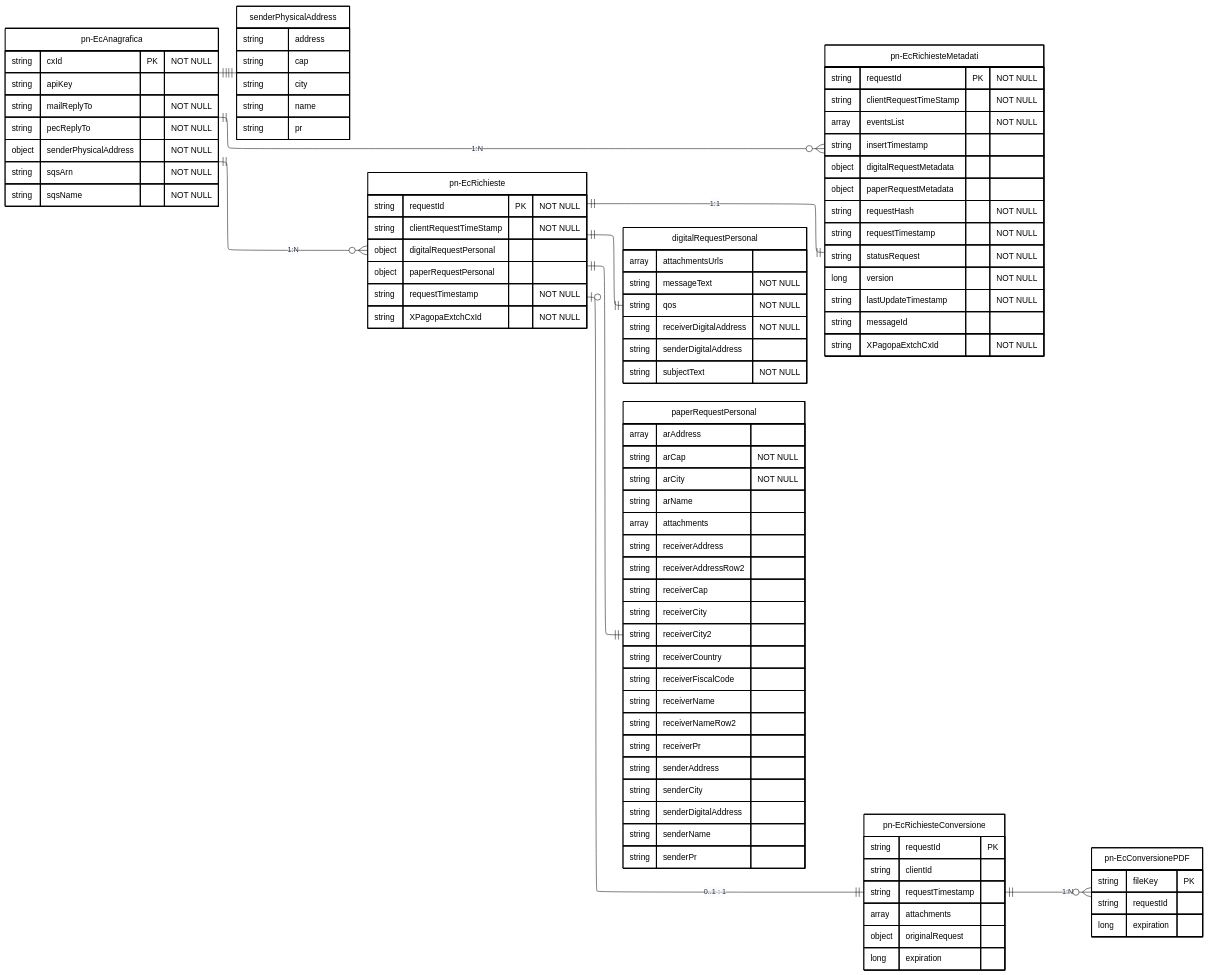
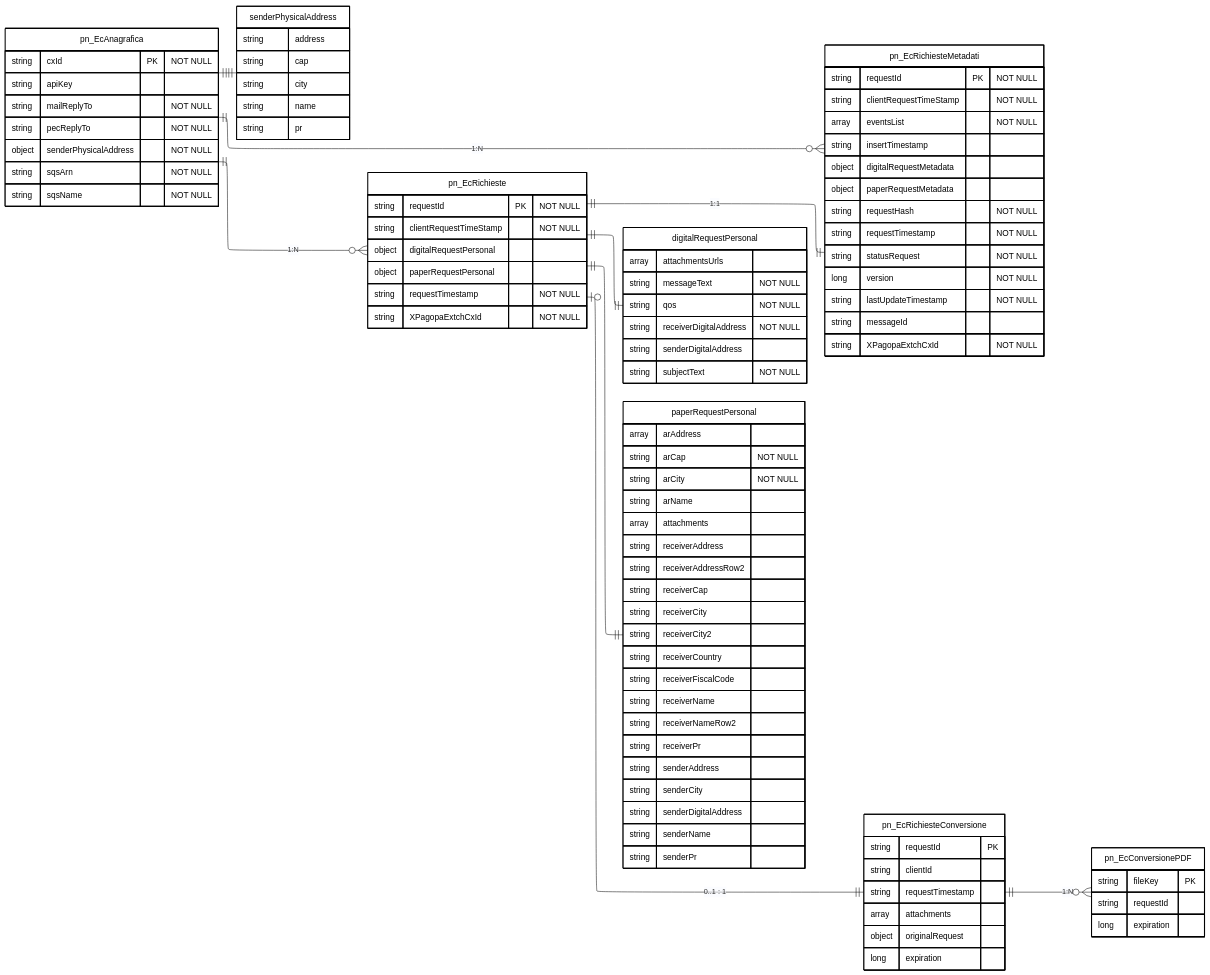
Before and after one commit to pagopa/pn-metrics: the diagram in send_diagrams/data-models/postalizzazione/postalizzazione.mmd, drawn with Mermaid. The commit also changed 1 other file, not shown here.

Commit message:
docs: update SEND ER diagram

```diff
--- a/send_diagrams/data-models/postalizzazione/postalizzazione.mmd
+++ b/send_diagrams/data-models/postalizzazione/postalizzazione.mmd
@@ -1,140 +1,140 @@
 ---
 config:
   layout: elk
   theme: base
 ---
 
 erDiagram
 
     %% diagram version: 0.0.1
     %% sources:
     %% - dc-pn-EcRichiesteMetadati.yaml
-    %%   id: urn:send:postalizzazione:pn-ecrichiestemetadati
+    %%   id: urn:send:postalizzazione:pn_ecrichiestemetadati
     %%   version: 0.0.1
 
     Direction LR
 
-    pn-EcRichiesteMetadati {
+    pn_EcRichiesteMetadati {
         string requestId PK "NOT NULL"
         string clientRequestTimeStamp "NOT NULL"
         array eventsList "NOT NULL"
         string insertTimestamp
         object digitalRequestMetadata
         object paperRequestMetadata
         string requestHash "NOT NULL"
         string requestTimestamp "NOT NULL"
         string statusRequest "NOT NULL"
         long version "NOT NULL"
         string lastUpdateTimestamp "NOT NULL"
         string messageId
         string XPagopaExtchCxId "NOT NULL"
     }
 
-    pn-EcAnagrafica {
+    pn_EcAnagrafica {
         string cxId PK "NOT NULL"
         string apiKey
         string mailReplyTo "NOT NULL"
         string pecReplyTo "NOT NULL"
         object senderPhysicalAddress "NOT NULL"
         string sqsArn "NOT NULL"
         string sqsName "NOT NULL"
     }
 
     senderPhysicalAddress {
         string address
         string cap
         string city
         string name
         string pr
     }
 
-    pn-EcRichieste {
+    pn_EcRichieste {
         string requestId PK "NOT NULL"
         string clientRequestTimeStamp "NOT NULL"
         object digitalRequestPersonal
         object paperRequestPersonal
         string requestTimestamp "NOT NULL"
         string XPagopaExtchCxId "NOT NULL"
     }
 
-    pn-EcRichiesteConversione {
+    pn_EcRichiesteConversione {
         string requestId PK
         string clientId
         string requestTimestamp
         array attachments
         object originalRequest
         long expiration
     }
 
-    pn-EcConversionePDF {
+    pn_EcConversionePDF {
         string fileKey PK
         string requestId
         long expiration
     }
 
     digitalRequestPersonal {
         array attachmentsUrls
         string messageText "NOT NULL"
         string qos "NOT NULL"
         string receiverDigitalAddress "NOT NULL"
         string senderDigitalAddress
         string subjectText "NOT NULL"
     }
 
     paperRequestPersonal {
         array arAddress
         string arCap "NOT NULL"
         string arCity "NOT NULL"
         string arName
         array attachments
         string receiverAddress
         string receiverAddressRow2
         string receiverCap
         string receiverCity
         string receiverCity2
         string receiverCountry
         string receiverFiscalCode
         string receiverName
         string receiverNameRow2
         string receiverPr
         string senderAddress
         string senderCity
         string senderDigitalAddress
         string senderName
         string senderPr
     }
 
     %% RELAZIONI
 
     
-    pn-EcAnagrafica ||--|| senderPhysicalAddress : ""
+    pn_EcAnagrafica ||--|| senderPhysicalAddress : ""
     
-    %% pn-EcRichiesteMetadati.XPagopaExtchCxId = pn-EcAnagrafica.cxId
-    pn-EcAnagrafica ||--o{ pn-EcRichiesteMetadati : "1:N"
+    %% pn_EcRichiesteMetadati.XPagopaExtchCxId = pn_EcAnagrafica.cxId
+    pn_EcAnagrafica ||--o{ pn_EcRichiesteMetadati : "1:N"
 
-    %% pn-EcRichieste.XPagopaExtchCxId = pn-EcAnagrafica.cxId
-    pn-EcAnagrafica ||--o{ pn-EcRichieste : "1:N"
+    %% pn_EcRichieste.XPagopaExtchCxId = pn_EcAnagrafica.cxId
+    pn_EcAnagrafica ||--o{ pn_EcRichieste : "1:N"
 
-    %% pn-EcRichieste.requestId = pn-EcRichiesteMetadati.requestId
-    pn-EcRichieste ||--|| pn-EcRichiesteMetadati : "1:1"
+    %% pn_EcRichieste.requestId = pn_EcRichiesteMetadati.requestId
+    pn_EcRichieste ||--|| pn_EcRichiesteMetadati : "1:1"
 
-    pn-EcRichieste ||--|| digitalRequestPersonal : ""
-    pn-EcRichieste ||--|| paperRequestPersonal : ""
+    pn_EcRichieste ||--|| digitalRequestPersonal : ""
+    pn_EcRichieste ||--|| paperRequestPersonal : ""
 
-    %% pn-EcRichieste.requestId = pn-EcRichiesteConversione.requestId
-    pn-EcRichieste o|--|| pn-EcRichiesteConversione : "0..1 : 1"
+    %% pn_EcRichieste.requestId = pn_EcRichiesteConversione.requestId
+    pn_EcRichieste o|--|| pn_EcRichiesteConversione : "0..1 : 1"
 
-    %% pn-EcConversionePDF.requestId = pn-EcRichiesteConversione.requestId
-    pn-EcRichiesteConversione ||--o{ pn-EcConversionePDF : "1:N"
+    %% pn_EcConversionePDF.requestId = pn_EcRichiesteConversione.requestId
+    pn_EcRichiesteConversione ||--o{ pn_EcConversionePDF : "1:N"
 
     
     %% STILE
 
-    style pn-EcAnagrafica fill:#FFFFFF,stroke:#000000,stroke-width:2px,color:#000000
-    style pn-EcRichieste fill:#FFFFFF,stroke:#000000,stroke-width:2px,color:#000000
-    style pn-EcRichiesteMetadati fill:#FFFFFF,stroke:#000000,stroke-width:2px,color:#000000
-    style pn-EcRichiesteConversione fill:#FFFFFF,stroke:#000000,stroke-width:2px,color:#000000
-    style pn-EcConversionePDF fill:#FFFFFF,stroke:#000000,stroke-width:2px,color:#000000
+    style pn_EcAnagrafica fill:#FFFFFF,stroke:#000000,stroke-width:2px,color:#000000
+    style pn_EcRichieste fill:#FFFFFF,stroke:#000000,stroke-width:2px,color:#000000
+    style pn_EcRichiesteMetadati fill:#FFFFFF,stroke:#000000,stroke-width:2px,color:#000000
+    style pn_EcRichiesteConversione fill:#FFFFFF,stroke:#000000,stroke-width:2px,color:#000000
+    style pn_EcConversionePDF fill:#FFFFFF,stroke:#000000,stroke-width:2px,color:#000000
     style senderPhysicalAddress fill:#FFFFFF,stroke:#000000,stroke-width:2px,color:#000000
     style digitalRequestPersonal fill:#FFFFFF,stroke:#000000,stroke-width:2px,color:#000000
     style paperRequestPersonal fill:#FFFFFF,stroke:#000000,stroke-width:2px,color:#000000
```
